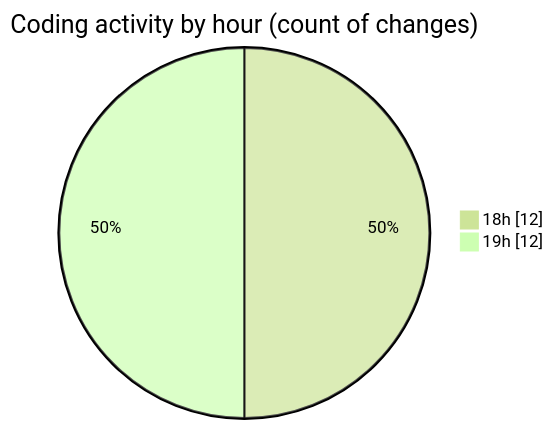
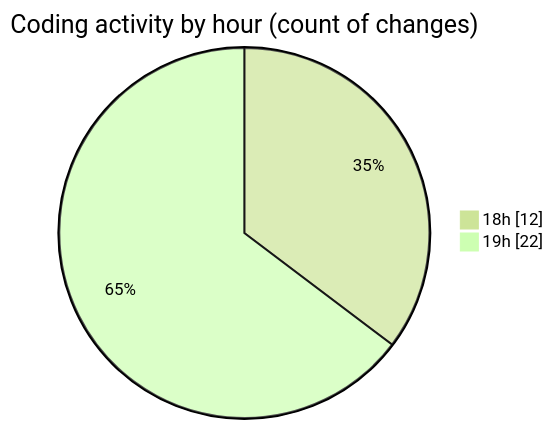
The second of 2 diagrams in 2025-05-15/laala_boost/README.md (Elitesun/code-tracking), drawn with Mermaid (forest theme) before and after one commit. The commit also changed other lines of this file and 1 other file, not shown here.

````diff
--- a/2025-05-15/laala_boost/README.md
+++ b/2025-05-15/laala_boost/README.md
@@ -37,6 +43,6 @@
 ```mermaid
 pie showData
 title Coding activity by hour (count of changes)
 "18h" : 12
-"19h" : 12
+"19h" : 22
 ```
````
